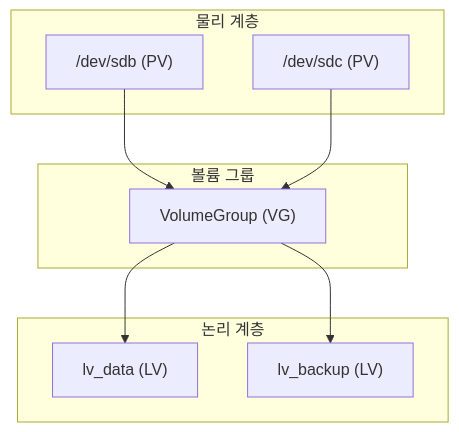
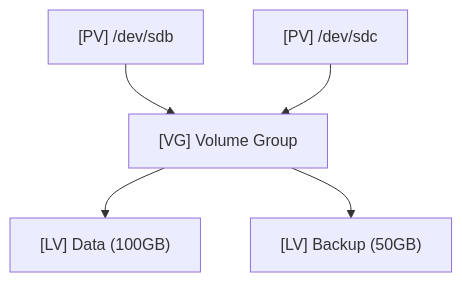
One commit to HamaPr/HamaPr.github.io changed the diagram in _posts/linux/2025-11-07-LVM_study.md. Above: the diagram before and after it, drawn with Mermaid. The commit also changed other lines of this file and 94 other files, not shown here.

````diff
--- a/_posts/linux/2025-11-07-LVM_study.md
+++ b/_posts/linux/2025-11-07-LVM_study.md
@@ -23,18 +21,7 @@
 ```mermaid
 flowchart TB
-    subgraph Physical["물리 계층"]
-        PV1["/dev/sdb (PV)"]
-        PV2["/dev/sdc (PV)"]
-    end
-    subgraph Volume["볼륨 그룹"]
-        VG["VolumeGroup (VG)"]
-    end
-    subgraph Logical["논리 계층"]
-        LV1["lv_data (LV)"]
-        LV2["lv_backup (LV)"]
-    end
-    PV1 --> VG
-    PV2 --> VG
-    VG --> LV1
-    VG --> LV2
+    Disk1["[PV] /dev/sdb"] --> VG["[VG] Volume Group"]
+    Disk2["[PV] /dev/sdc"] --> VG
+    VG --> LV1["[LV] Data (100GB)"]
+    VG --> LV2["[LV] Backup (50GB)"]
 ```
````
